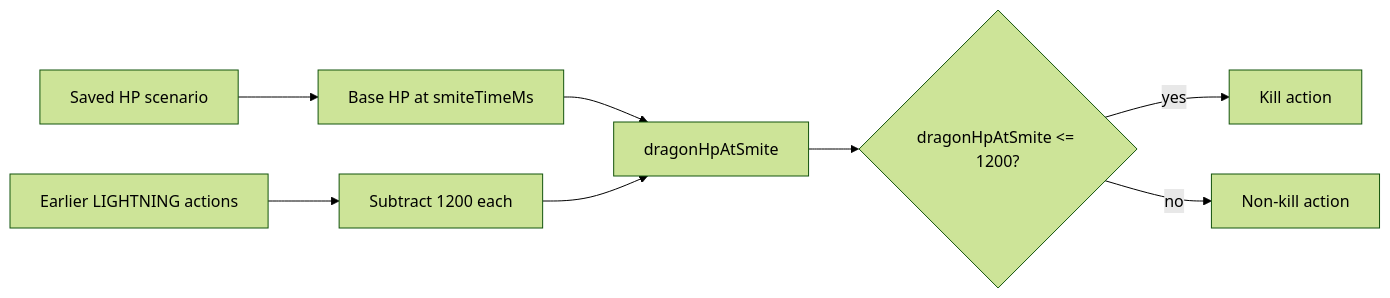
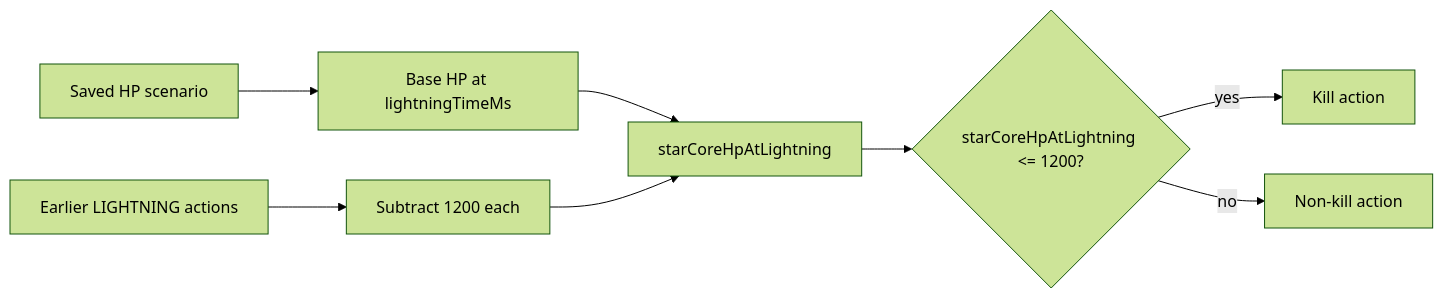
The fourth of 5 diagrams in docs/antigravity/backend/issue-48-smite-input-server-judgement.md (moonwhistle/League-of-Star), drawn with Mermaid (forest theme) before and after one commit. The commit also changed other lines of this file and 70 other files, not shown here.

````diff
--- a/docs/antigravity/backend/issue-48-smite-input-server-judgement.md
+++ b/docs/antigravity/backend/issue-48-smite-input-server-judgement.md
@@ -352,10 +352,10 @@
 ```mermaid
 flowchart LR
-    A[Saved HP scenario] --> B[Base HP at smiteTimeMs]
+    A[Saved HP scenario] --> B[Base HP at lightningTimeMs]
     C[Earlier LIGHTNING actions] --> D[Subtract 1200 each]
-    B --> E[dragonHpAtSmite]
+    B --> E[starCoreHpAtLightning]
     D --> E
-    E --> F{dragonHpAtSmite <= 1200?}
+    E --> F{starCoreHpAtLightning <= 1200?}
     F -->|yes| G[Kill action]
     F -->|no| H[Non-kill action]
 ```
````
